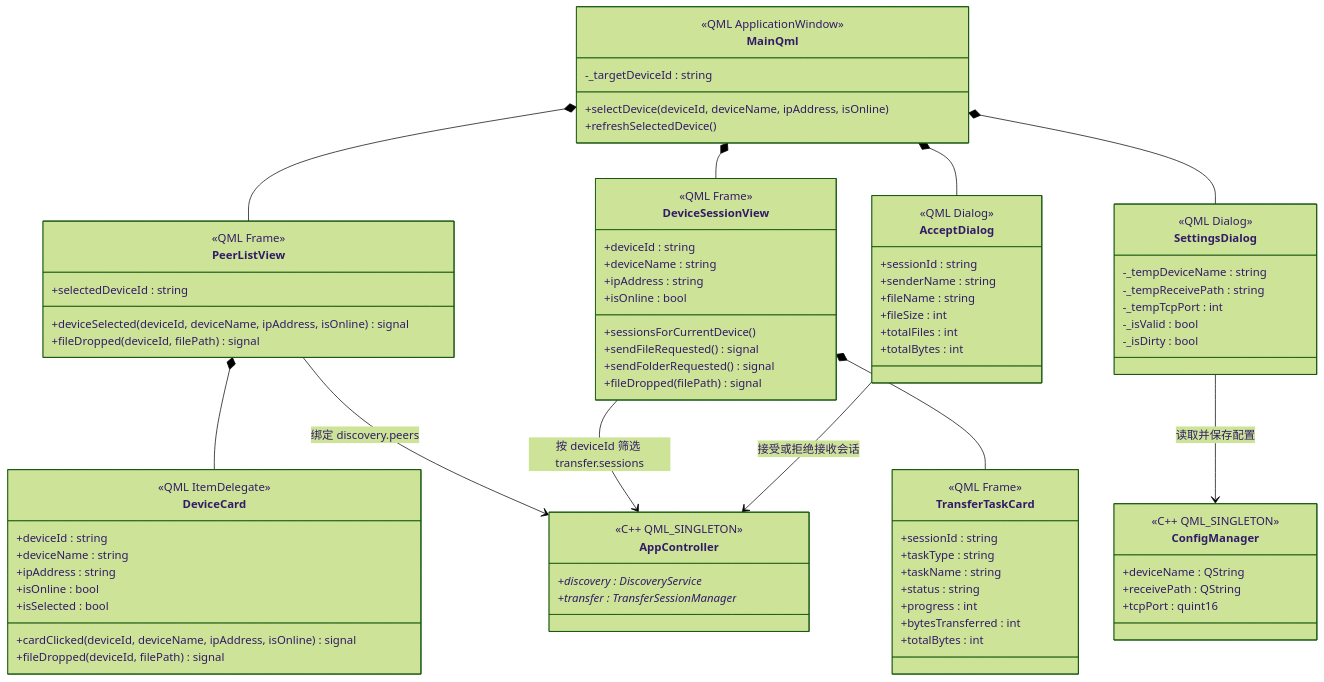
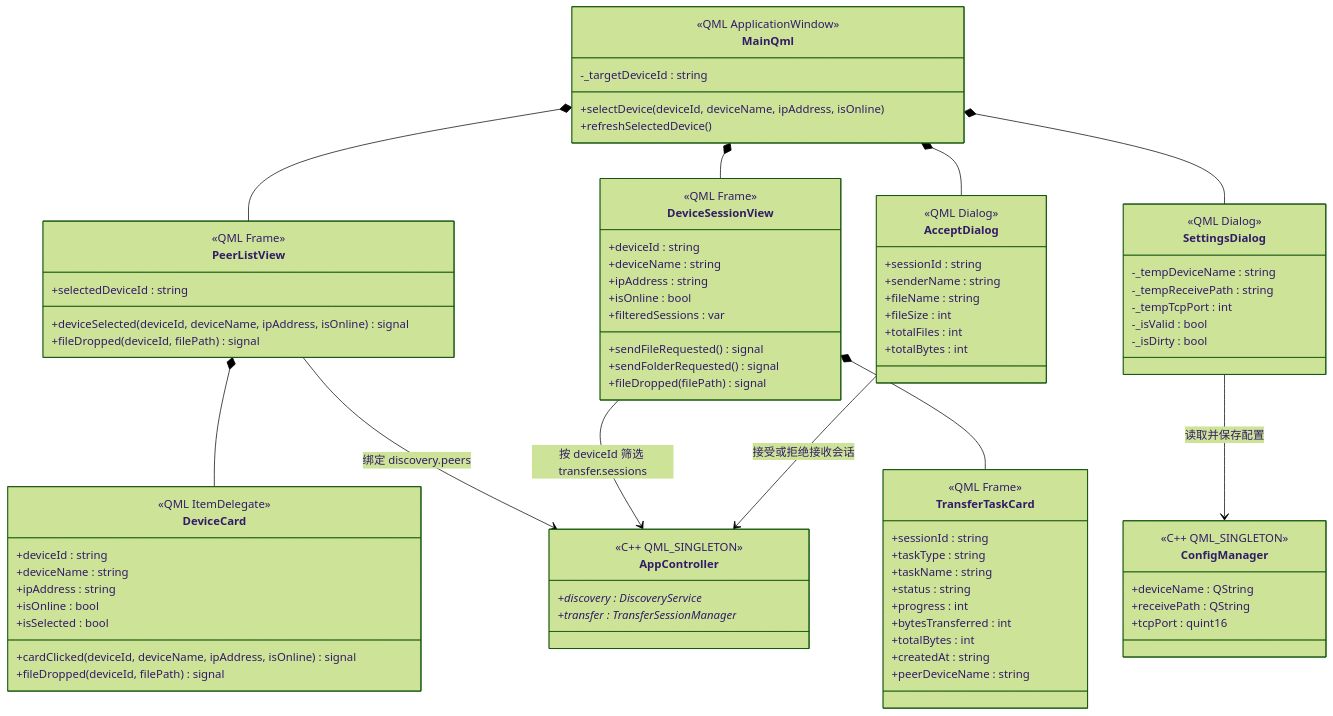
Before and after one commit to Gsheep0729/GridYard: the fourth of 5 diagrams in doc/diagrams/class-diagram.md, drawn with Mermaid (forest theme). The commit also changed other lines of this file and 9 other files, not shown here.

```diff
--- a/doc/diagrams/class-diagram.md
+++ b/doc/diagrams/class-diagram.md
@@ -326,7 +329,7 @@
         +deviceName : string
         +ipAddress : string
         +isOnline : bool
-        +sessionsForCurrentDevice()
+        +filteredSessions : var
         +sendFileRequested() signal
         +sendFolderRequested() signal
         +fileDropped(filePath) signal
@@ -341,6 +344,8 @@
         +progress : int
         +bytesTransferred : int
         +totalBytes : int
+        +createdAt : string
+        +peerDeviceName : string
     }
 
     class SettingsDialog {
```
